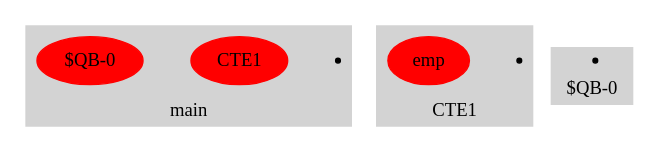
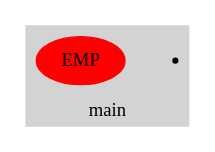
Before and after one commit to adarshpannu/kona: the diagram in qgm.dot, drawn with Graphviz. The commit also changed 6 other files, not shown here.

```diff
--- a/qgm.dot
+++ b/qgm.dot
@@ -1,24 +1,13 @@
 digraph example1 {
     node [style=filled,color=white];
     rankdir=BT;
     splines=polyline;
     nodesep=0.5;
     style=filled;
     color=lightgrey;
   subgraph cluster_0 {
     "0"[shape=point, color=black];
     label = "main";
-    "CTE1"[color=red]
-    "$QB-0"[color=red]
-  }
-  subgraph cluster_1 {
-    "1"[shape=point, color=black];
-    label = "CTE1";
-    "emp"[color=red]
-  }
-  subgraph cluster_2 {
-    "2"[shape=point, color=black];
-    label = "$QB-0";
-    "emp"[color=red]
+    "EMP"[color=red]
   }
 }
```
